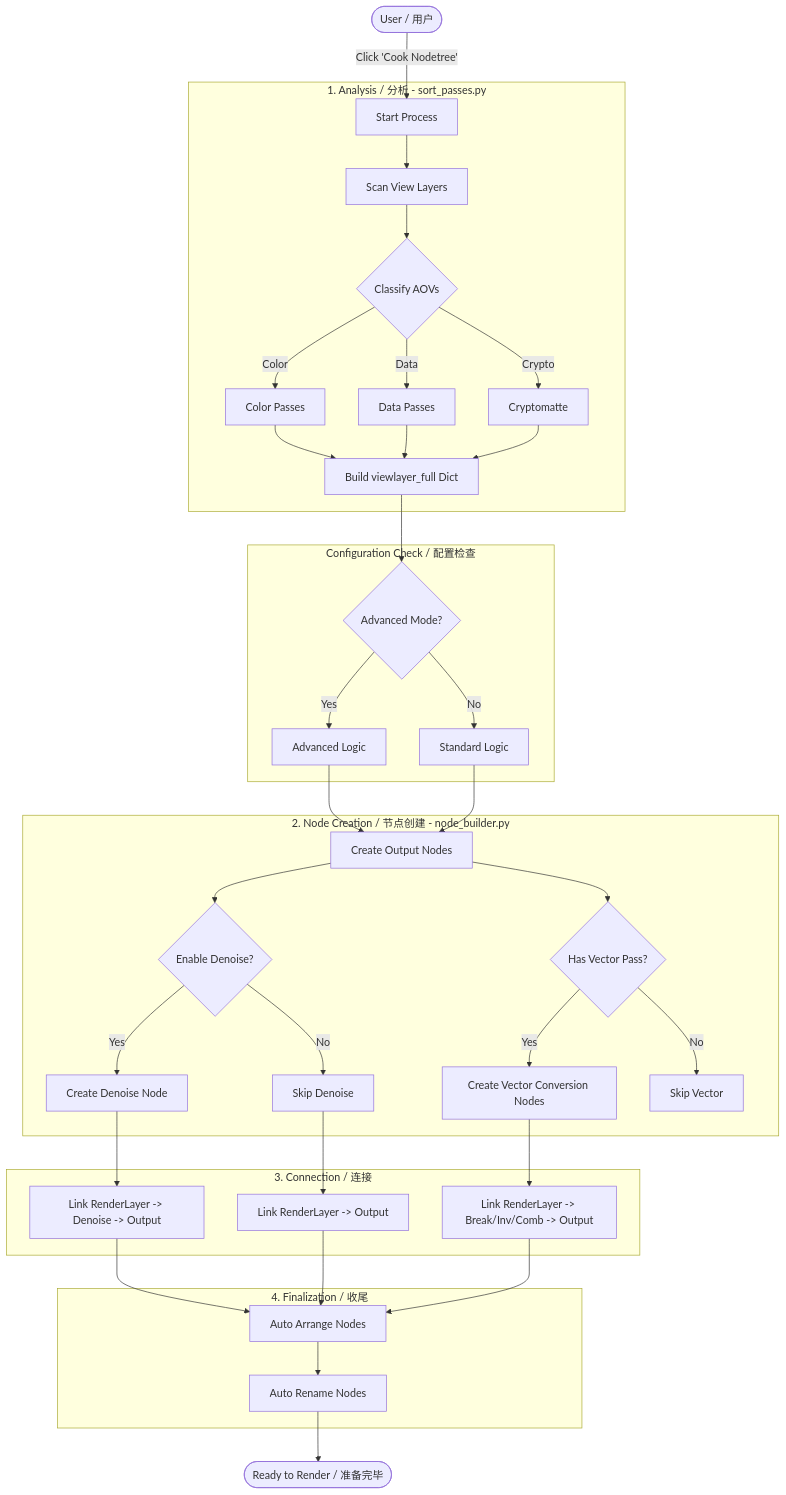
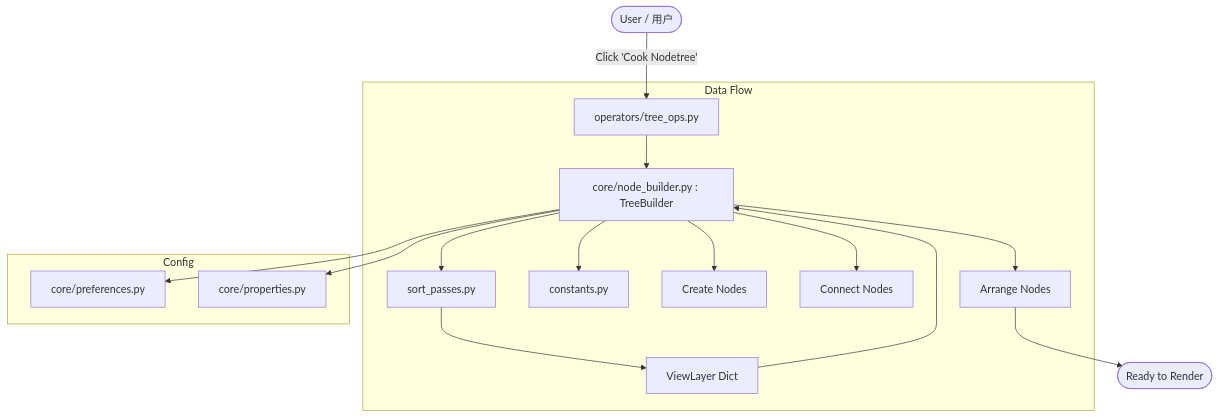
The diagram in ARCHITECTURE.md (RolandVyens/Industrial-AOV-Connector), drawn with Mermaid before and after one commit. The commit also changed other lines of this file, not shown here.

````diff
--- a/ARCHITECTURE.md
+++ b/ARCHITECTURE.md
@@ -119,44 +110,23 @@
 ```mermaid
 graph TD
-    User([User / 用户]) -->|Click 'Cook Nodetree'| Start
+    User([User / 用户]) -->|Click 'Cook Nodetree'| Ops[operators/tree_ops.py]
     
-    subgraph Analysis [1. Analysis / 分析 - sort_passes.py]
-        Start[Start Process] --> Scan[Scan View Layers]
-        Scan --> Classify{Classify AOVs}
-        Classify -->|Color| ListColor[Color Passes]
-        Classify -->|Data| ListData[Data Passes]
-        Classify -->|Crypto| ListCrypto[Cryptomatte]
-        ListColor & ListData & ListCrypto --> Dict[Build viewlayer_full Dict]
+    subgraph Data Flow
+        Ops --> TreeBuilder[core/node_builder.py : TreeBuilder]
+        TreeBuilder --> Analysis[sort_passes.py]
+        Analysis --> Dict[ViewLayer Dict]
+        TreeBuilder --> Constants[constants.py]
+        
+        Dict --> TreeBuilder
+        TreeBuilder --> Create[Create Nodes]
+        TreeBuilder --> Connect[Connect Nodes]
+        TreeBuilder --> Arrange[Arrange Nodes]
     end
 
-    subgraph Decision [Configuration Check / 配置检查]
-        Dict --> CheckMode{Advanced Mode?}
-        CheckMode -->|Yes| AdvMode[Advanced Logic]
-        CheckMode -->|No| StdMode[Standard Logic]
-    end
-
-    subgraph Creation [2. Node Creation / 节点创建 - node_builder.py]
-        AdvMode & StdMode --> CreateNodes[Create Output Nodes]
-        CreateNodes --> AddDenoise{Enable Denoise?}
-        AddDenoise -->|Yes| NodeDenoise[Create Denoise Node]
-        AddDenoise -->|No| NodeDenoiseSkip[Skip Denoise]
-        
-        CreateNodes --> AddVector{Has Vector Pass?}
-        AddVector -->|Yes| NodeVector[Create Vector Conversion Nodes]
-        AddVector -->|No| NodeVectorSkip[Skip Vector]
-    end
-
-    subgraph Connection [3. Connection / 连接]
-        NodeDenoise --> LinkDenoise[Link RenderLayer -> Denoise -> Output]
-        NodeDenoiseSkip --> LinkColor[Link RenderLayer -> Output]
-        
-        NodeVector --> LinkVector[Link RenderLayer -> Break/Inv/Comb -> Output]
-    end
-
-    subgraph Finalize [4. Finalization / 收尾]
-        LinkDenoise & LinkColor & LinkVector --> Arrange[Auto Arrange Nodes]
-        Arrange --> Rename[Auto Rename Nodes]
+    subgraph Config
+        TreeBuilder --> Prefs[core/preferences.py]
+        TreeBuilder --> Props[core/properties.py]
     end
     
-    Rename --> Finish([Ready to Render / 准备完毕])
+    Arrange --> Finish([Ready to Render])
 ```
````
